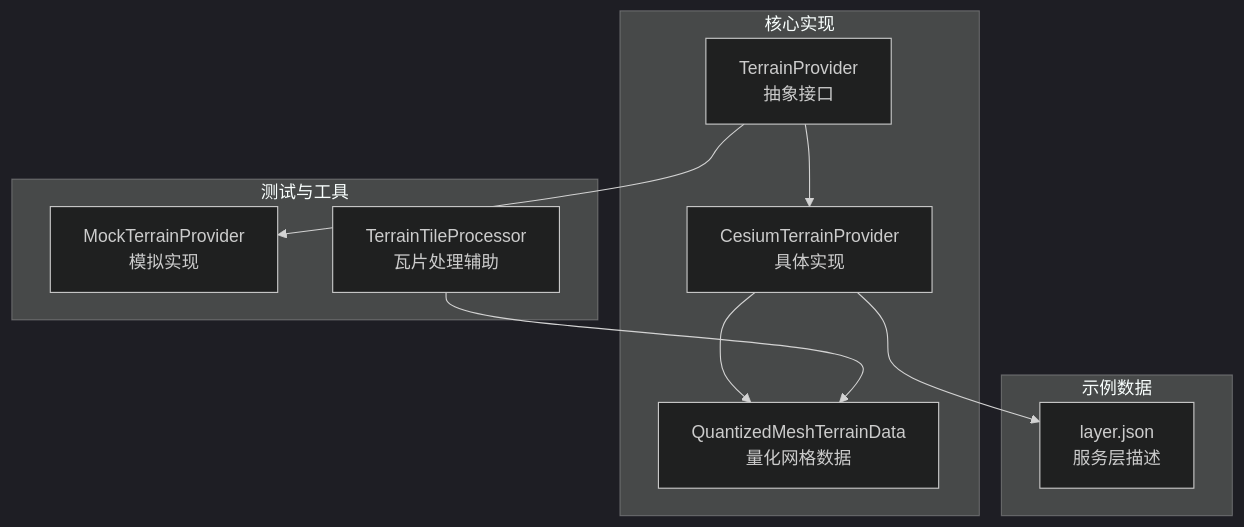
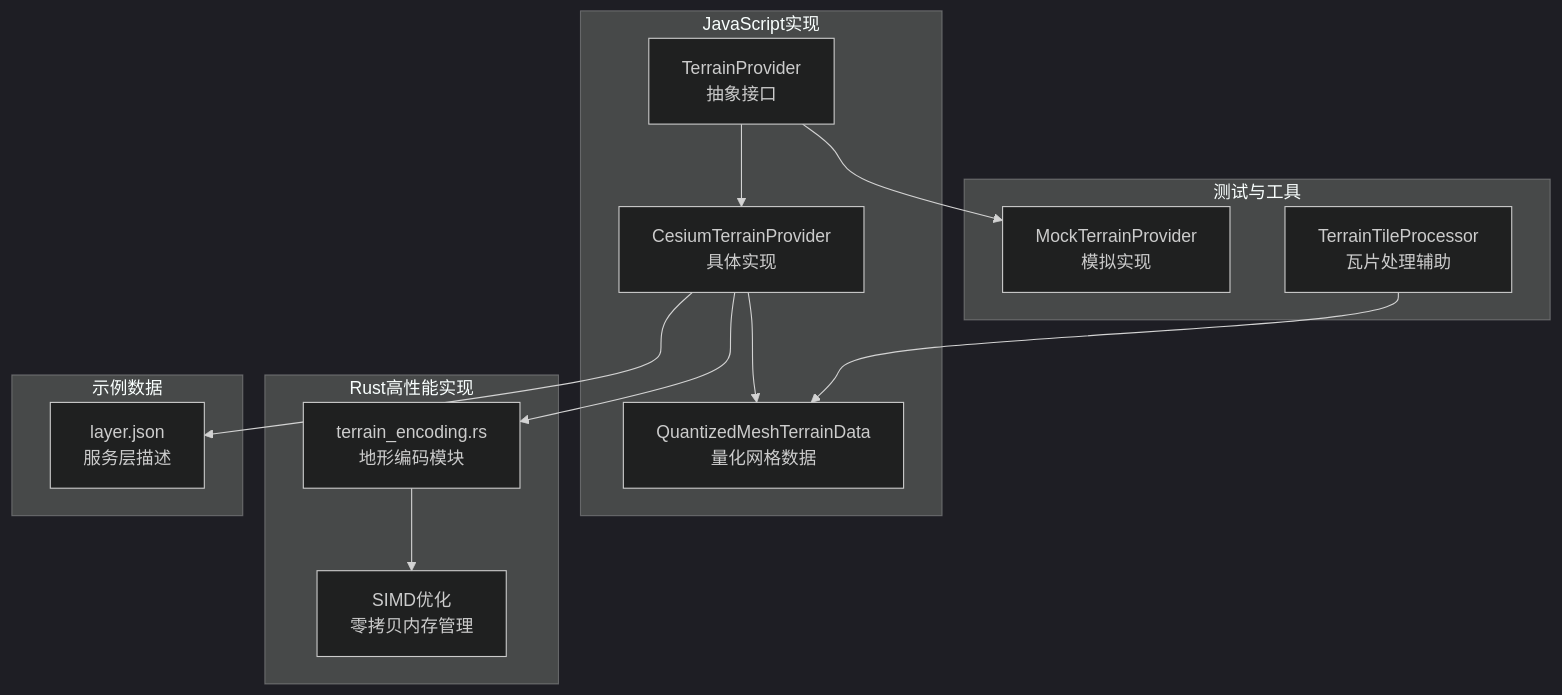
One commit to rzhangjing/cesium changed the first of 7 diagrams in .qoder/repowiki/zh/content/项目概述/核心特性/地形与影像系统/地形数据提供者系统.md. Above: the diagram before and after it, drawn with Mermaid (dark theme). The commit also changed other lines of this file and 56 other files, not shown here.

````diff
--- a/.qoder/repowiki/zh/content/项目概述/核心特性/地形与影像系统/地形数据提供者系统.md
+++ b/.qoder/repowiki/zh/content/项目概述/核心特性/地形与影像系统/地形数据提供者系统.md
@@ -40,20 +60,26 @@
 ```mermaid
 graph TB
-subgraph "核心实现"
+subgraph "JavaScript实现"
 TP["TerrainProvider<br/>抽象接口"]
 CT["CesiumTerrainProvider<br/>具体实现"]
 QM["QuantizedMeshTerrainData<br/>量化网格数据"]
+end
+subgraph "Rust高性能实现"
+TE["terrain_encoding.rs<br/>地形编码模块"]
+SIMD["SIMD优化<br/>零拷贝内存管理"]
 end
 subgraph "测试与工具"
 MTP["MockTerrainProvider<br/>模拟实现"]
 TTP["TerrainTileProcessor<br/>瓦片处理辅助"]
 end
 subgraph "示例数据"
 LJSON["layer.json<br/>服务层描述"]
 end
 TP --> CT
 CT --> QM
+CT --> TE
+TE --> SIMD
 TP --> MTP
 TTP --> QM
 CT --> LJSON
 ```
````
